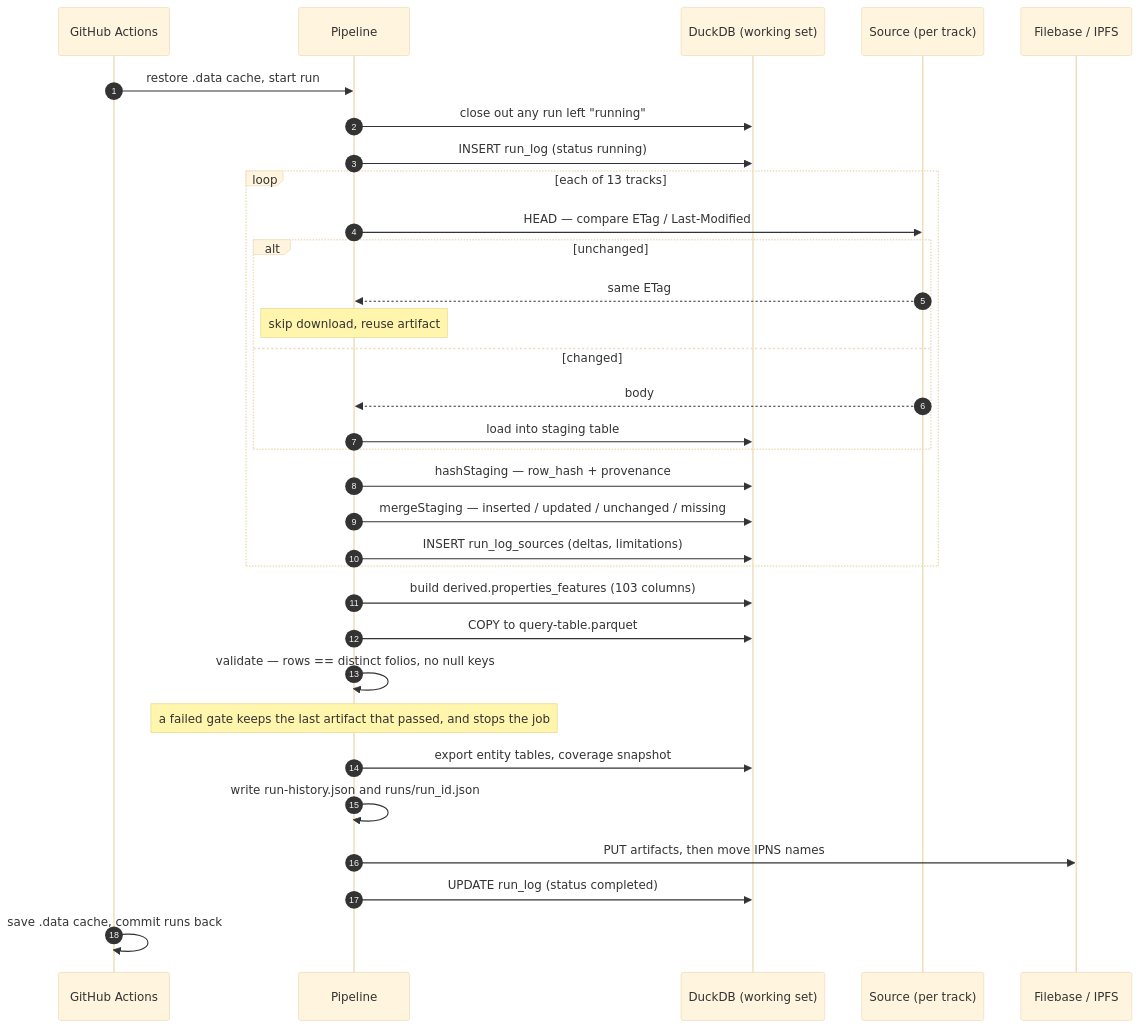
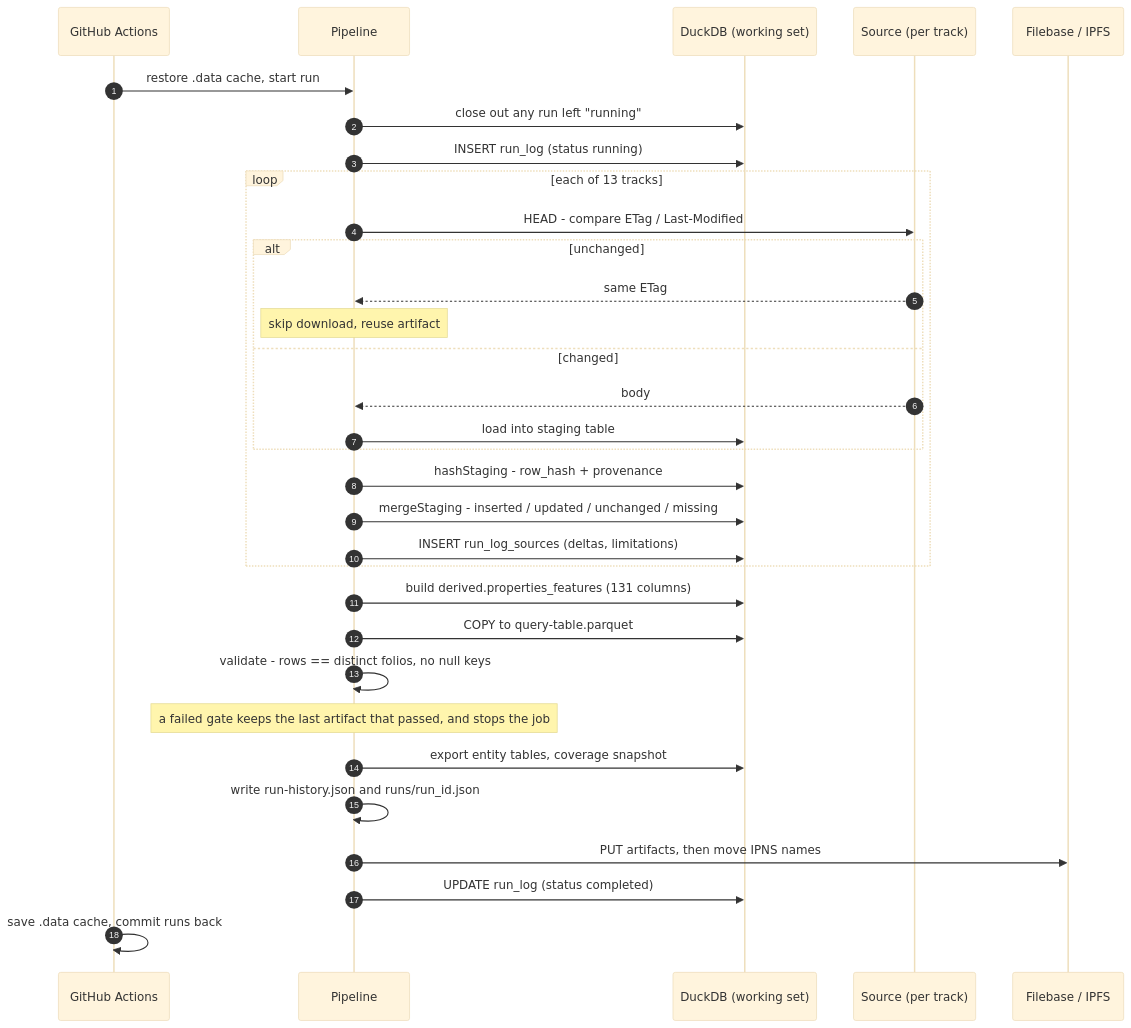
One commit to m-ratnikov/oracle-property-intelligence-platform-pipeline-duval-fl changed the third of 9 diagrams in docs/ARCHITECTURE.md. Above: the diagram before and after it, drawn with Mermaid (base theme). The commit also changed other lines of this file and 43 other files, not shown here.

````diff
--- a/docs/ARCHITECTURE.md
+++ b/docs/ARCHITECTURE.md
@@ -103,37 +103,37 @@
 ```mermaid
 sequenceDiagram
     autonumber
     participant CI as GitHub Actions
     participant P as Pipeline
     participant DB as DuckDB (working set)
     participant S as Source (per track)
     participant FB as Filebase / IPFS
 
     CI->>P: restore .data cache, start run
     P->>DB: close out any run left "running"
     P->>DB: INSERT run_log (status running)
 
     loop each of 13 tracks
-        P->>S: HEAD — compare ETag / Last-Modified
+        P->>S: HEAD - compare ETag / Last-Modified
         alt unchanged
             S-->>P: same ETag
             Note over P: skip download, reuse artifact
         else changed
             S-->>P: body
             P->>DB: load into staging table
         end
-        P->>DB: hashStaging — row_hash + provenance
-        P->>DB: mergeStaging — inserted / updated / unchanged / missing
+        P->>DB: hashStaging - row_hash + provenance
+        P->>DB: mergeStaging - inserted / updated / unchanged / missing
         P->>DB: INSERT run_log_sources (deltas, limitations)
     end
 
-    P->>DB: build derived.properties_features (103 columns)
+    P->>DB: build derived.properties_features (131 columns)
     P->>DB: COPY to query-table.parquet
-    P->>P: validate — rows == distinct folios, no null keys
+    P->>P: validate - rows == distinct folios, no null keys
     Note over P: a failed gate keeps the last artifact that passed, and stops the job
     P->>DB: export entity tables, coverage snapshot
     P->>P: write run-history.json and runs/run_id.json
     P->>FB: PUT artifacts, then move IPNS names
     P->>DB: UPDATE run_log (status completed)
     CI->>CI: save .data cache, commit runs back
 ```
````
